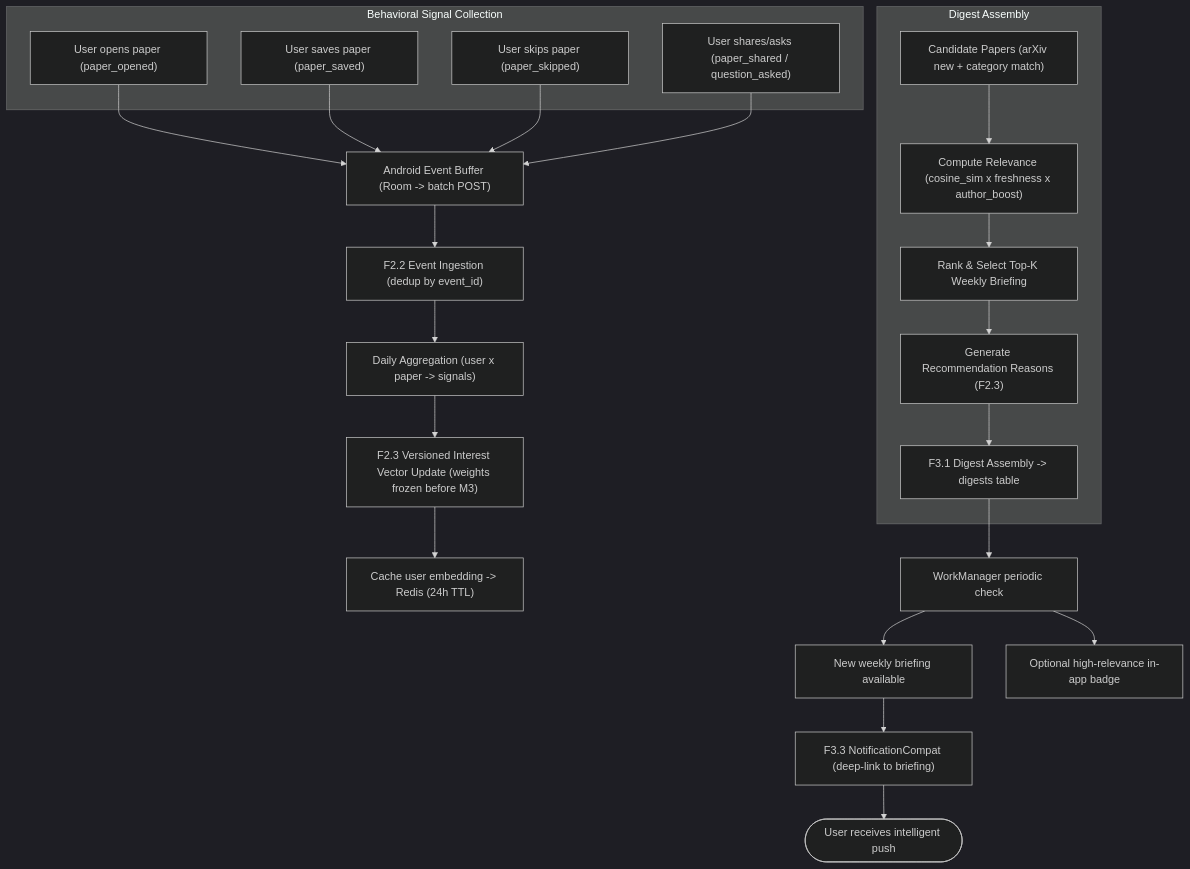
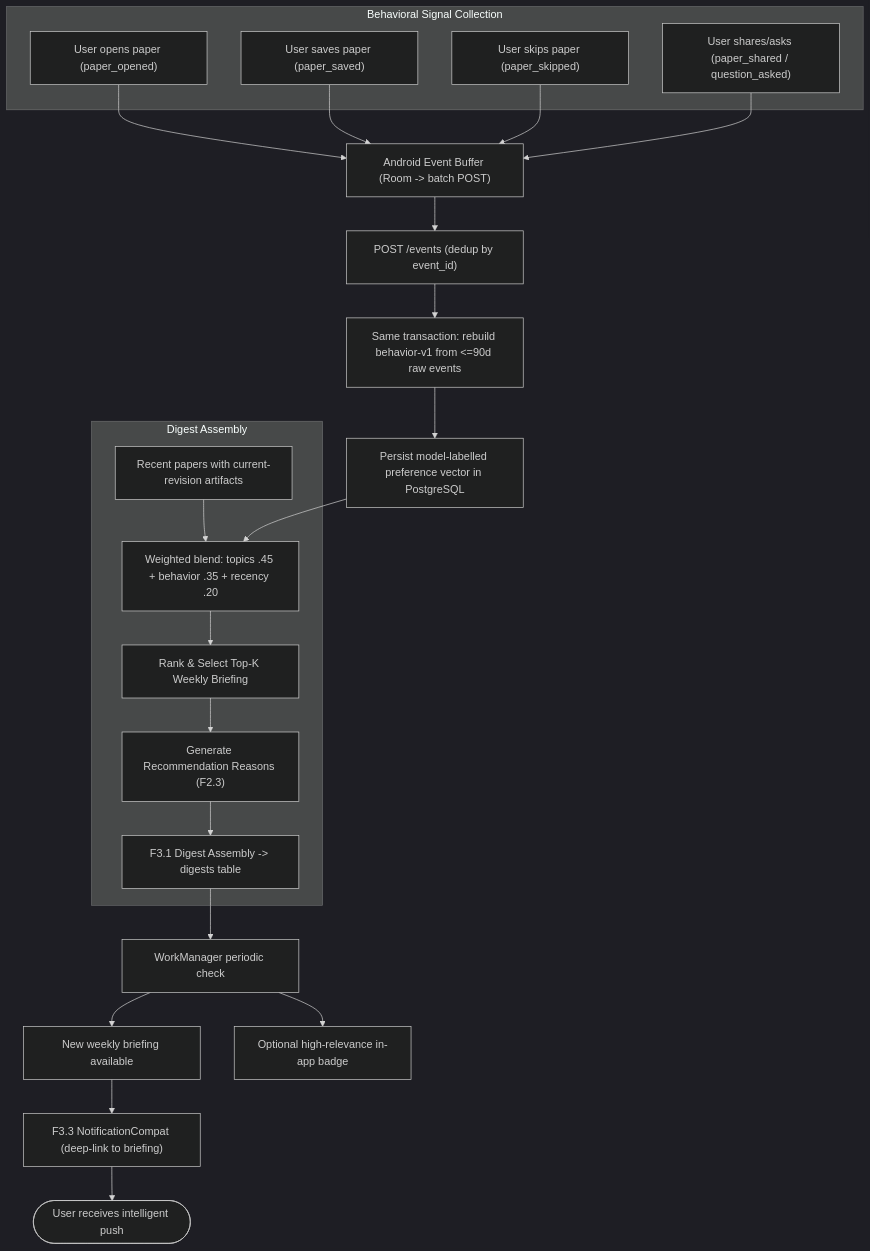
One commit to YUcxovo/MNEME changed the third of 4 diagrams in README.md. Above: the diagram before and after it, drawn with Mermaid (dark theme). The commit also changed other lines of this file and 8 other files, not shown here.

````diff
--- a/README.md
+++ b/README.md
@@ -326,42 +328,40 @@
 ```mermaid
 flowchart TD
     subgraph Signal["Behavioral Signal Collection"]
         E1["User opens paper (paper_opened)"]
         E2["User saves paper (paper_saved)"]
         E3["User skips paper (paper_skipped)"]
         E4["User shares/asks (paper_shared / question_asked)"]
     end
 
     E1 --> QUEUE["Android Event Buffer (Room -> batch POST)"]
     E2 --> QUEUE
     E3 --> QUEUE
     E4 --> QUEUE
 
-    QUEUE --> INGEST["F2.2 Event Ingestion (dedup by event_id)"]
-    INGEST --> AGG["Daily Aggregation (user x paper -> signals)"]
-
-    AGG --> UPDATE["F2.3 Versioned Interest Vector Update (weights frozen before M3)"]
-
-    UPDATE --> CACHE["Cache user embedding -> Redis (24h TTL)"]
+    QUEUE --> INGEST["POST /events (dedup by event_id)"]
+    INGEST --> UPDATE["Same transaction: rebuild behavior-v1 from <=90d raw events"]
+    UPDATE --> PREFS["Persist model-labelled preference vector in PostgreSQL"]
 
     subgraph Digest["Digest Assembly"]
-        CANDIDATES["Candidate Papers (arXiv new + category match)"]
-        SCORE["Compute Relevance (cosine_sim x freshness x author_boost)"]
+        CANDIDATES["Recent papers with current-revision artifacts"]
+        SCORE["Weighted blend: topics .45 + behavior .35 + recency .20"]
         RANK["Rank & Select Top-K Weekly Briefing"]
         REASONS["Generate Recommendation Reasons (F2.3)"]
         ASSEMBLE["F3.1 Digest Assembly -> digests table"]
     end
 
     CANDIDATES --> SCORE
+    PREFS --> SCORE
     SCORE --> RANK
     RANK --> REASONS
     REASONS --> ASSEMBLE
 
     ASSEMBLE --> POLL["WorkManager periodic check"]
     POLL --> NOTIF_W["New weekly briefing available"]
     POLL --> BADGE["Optional high-relevance in-app badge"]
 
     NOTIF_W --> ANDROID_N["F3.3 NotificationCompat (deep-link to briefing)"]
 
     ANDROID_N --> USER(["User receives intelligent push"])
 ```
````
